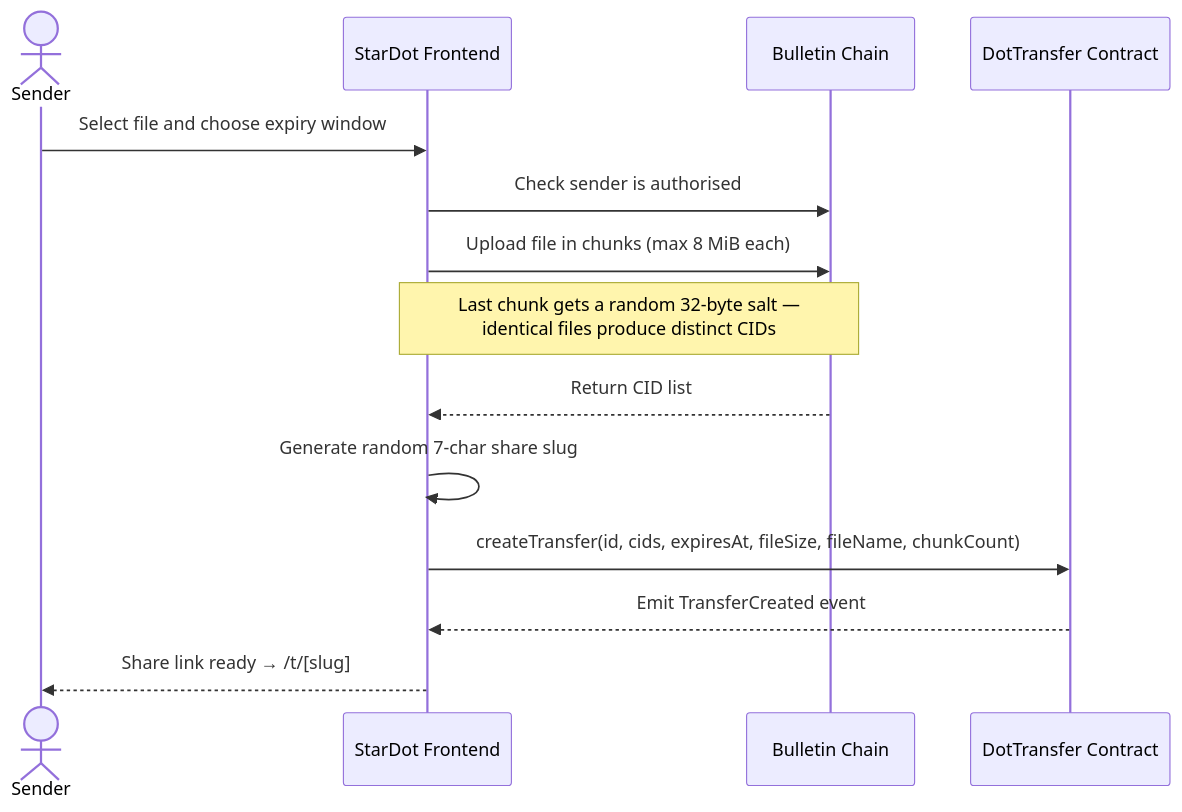
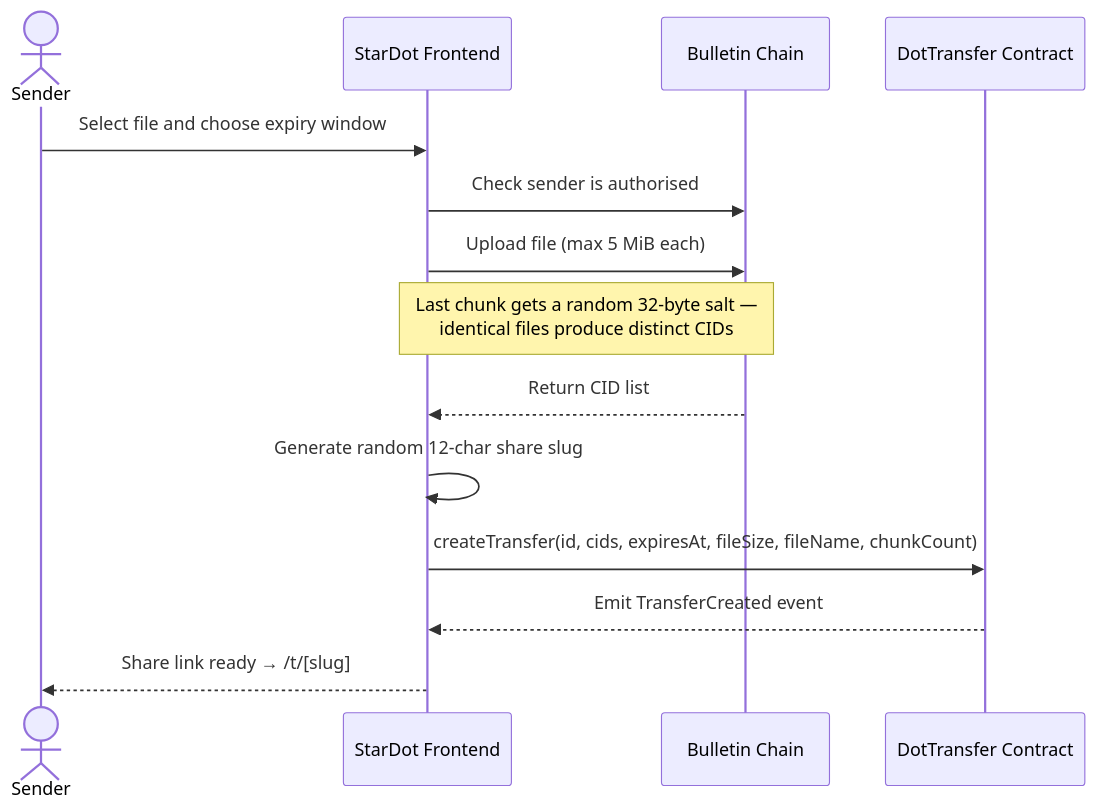
Before and after one commit to fechaMe/polkadot-stack-template: the second of 3 diagrams in README.md, drawn with Mermaid. The commit also changed other lines of this file and 2 other files, not shown here.

````diff
--- a/README.md
+++ b/README.md
@@ -100,17 +94,17 @@
 ```mermaid
 sequenceDiagram
     actor S as Sender
     participant FE as StarDot Frontend
     participant BL as Bulletin Chain
     participant SC as DotTransfer Contract
 
     S->>FE: Select file and choose expiry window
     FE->>BL: Check sender is authorised
-    FE->>BL: Upload file in chunks (max 8 MiB each)
+    FE->>BL: Upload file (max 5 MiB each)
     Note over FE,BL: Last chunk gets a random 32-byte salt —<br/>identical files produce distinct CIDs
     BL-->>FE: Return CID list
-    FE->>FE: Generate random 7-char share slug
+    FE->>FE: Generate random 12-char share slug
     FE->>SC: createTransfer(id, cids, expiresAt, fileSize, fileName, chunkCount)
     SC-->>FE: Emit TransferCreated event
     FE-->>S: Share link ready → /t/[slug]
 ```
````
